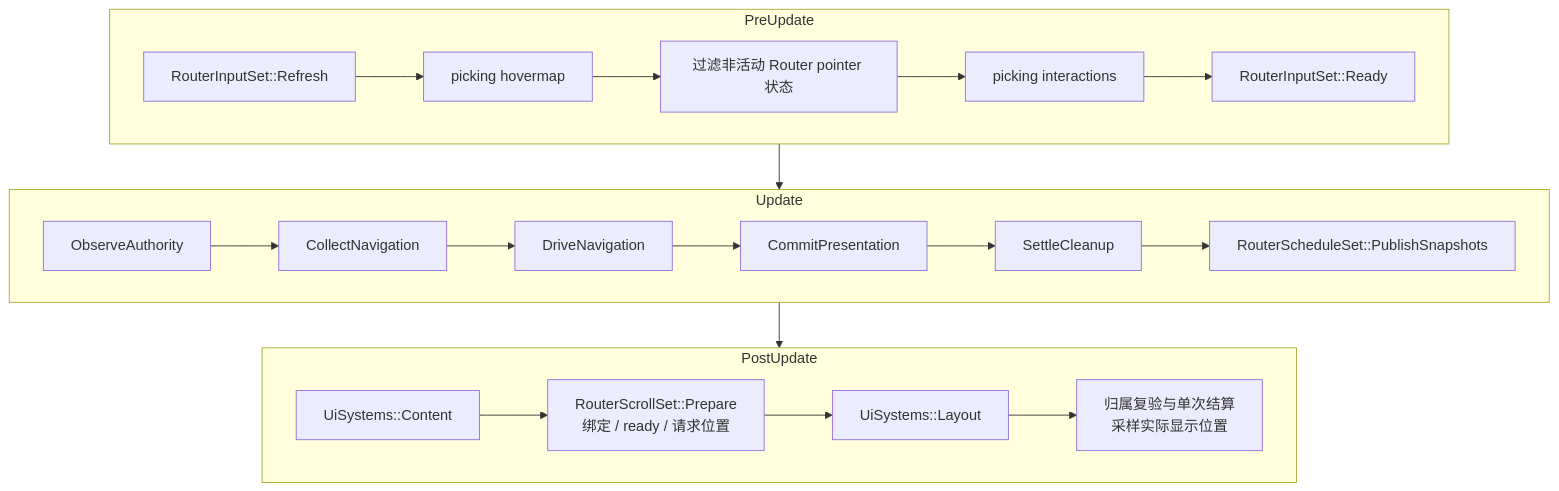
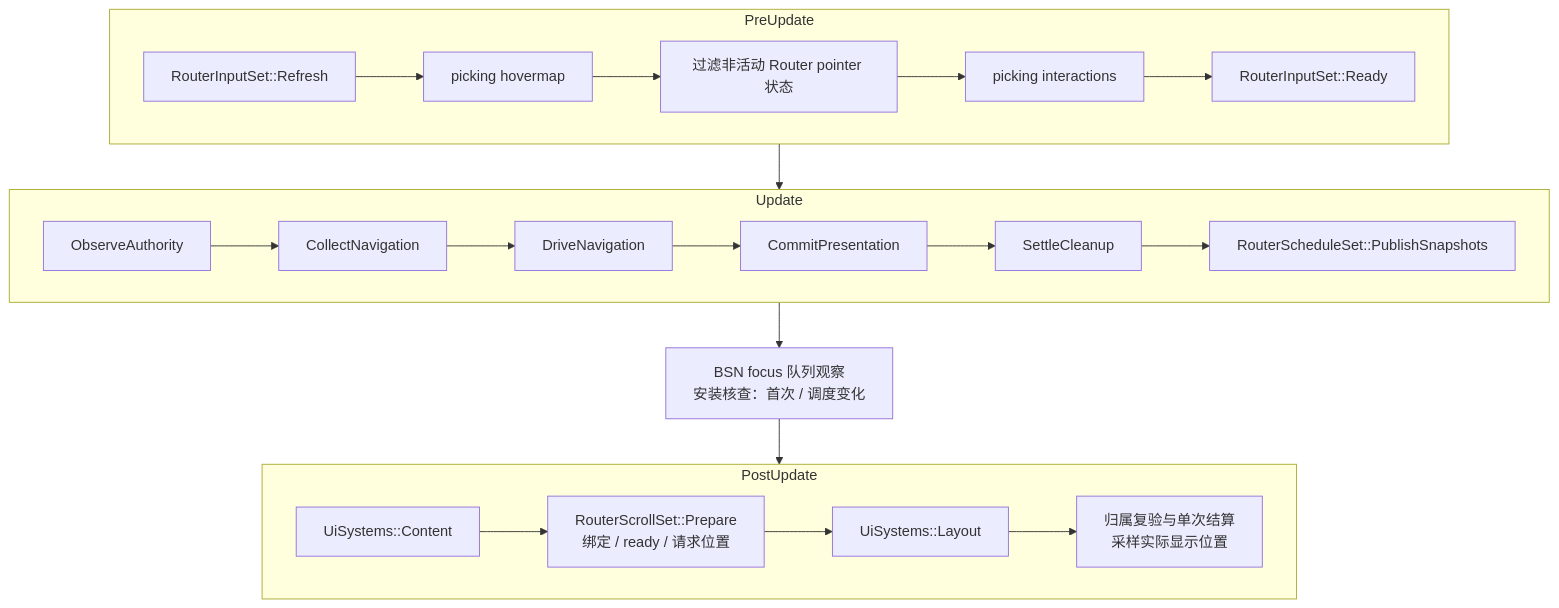
The third of 3 diagrams in docs/architecture/runtime.md (shengyusi-SYS/bevy_ui_router), drawn with Mermaid before and after one commit. The commit also changed other lines of this file and 12 other files, not shown here.

````diff
--- a/docs/architecture/runtime.md
+++ b/docs/architecture/runtime.md
@@ -119,26 +119,27 @@
 ```mermaid
 flowchart TB
     subgraph PreUpdate
         direction LR
         Refresh["RouterInputSet::Refresh"] --> HoverMap["picking hovermap"]
         HoverMap --> Filter["过滤非活动 Router pointer 状态"]
         Filter --> Interaction["picking interactions"]
         Interaction --> Ready["RouterInputSet::Ready"]
     end
     subgraph Update
         direction LR
         Observe["ObserveAuthority"] --> Collect["CollectNavigation"]
         Collect --> Drive["DriveNavigation"]
         Drive --> Commit["CommitPresentation"]
         Commit --> Cleanup["SettleCleanup"]
         Cleanup --> Publish["RouterScheduleSet::PublishSnapshots"]
     end
     subgraph PostUpdate
         direction LR
         Content["UiSystems::Content"] --> Prepare["RouterScrollSet::Prepare<br/>绑定 / ready / 请求位置"]
         Prepare --> Layout["UiSystems::Layout"]
         Layout --> Scroll["归属复验与单次结算<br/>采样实际显示位置"]
     end
     Ready --> Observe
-    Publish --> Content
+    Publish --> FocusBoundary["BSN focus 队列观察<br/>安装核查：首次 / 调度变化"]
+    FocusBoundary --> Content
 ```
````
